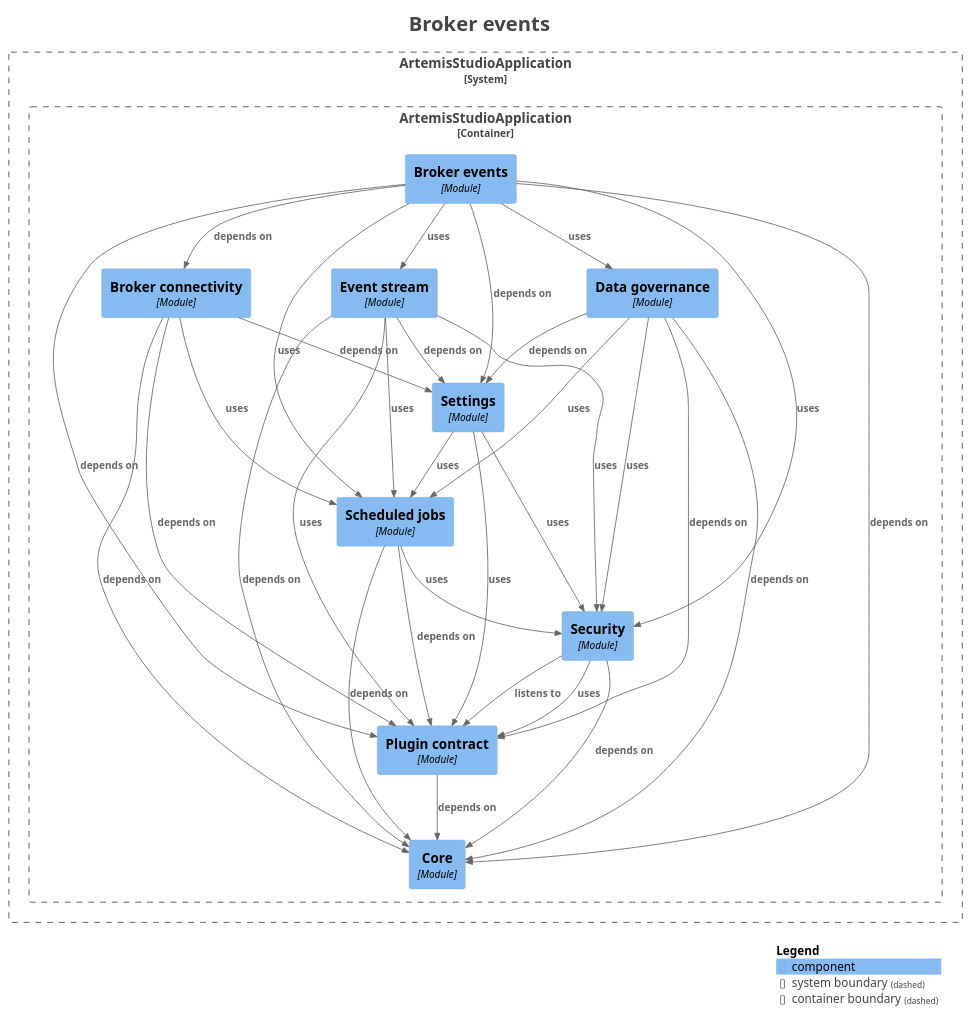
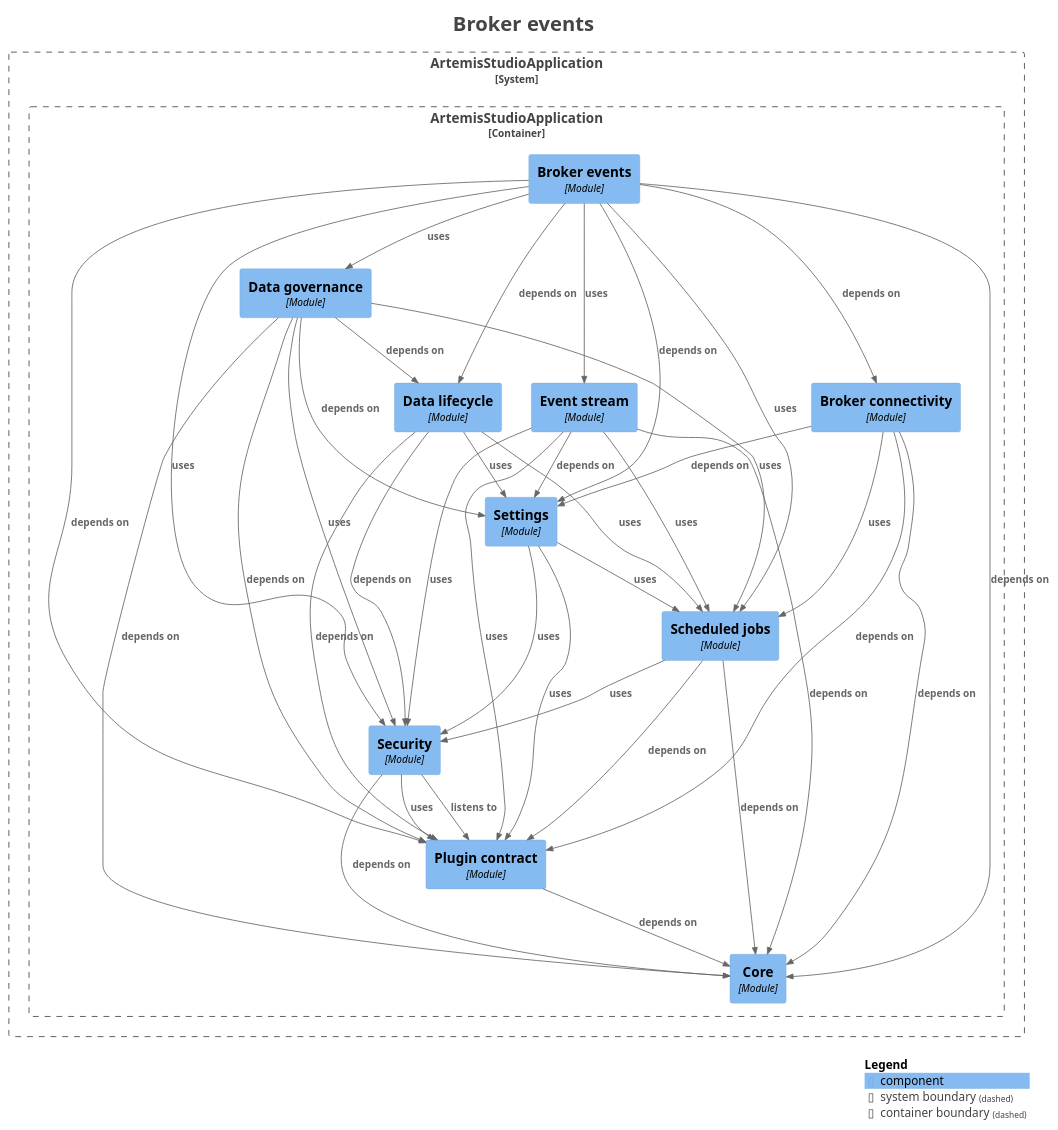
The diagram in docs/modules/module-feature.events.puml (sudoitir/artemis-studio), drawn with PlantUML before and after one commit. The commit also changed 96 other files, not shown here.

```diff
--- a/docs/modules/module-feature.events.puml
+++ b/docs/modules/module-feature.events.puml
@@ -1,68 +1,75 @@
 @startuml
 title <size:24>Broker events</size>
 
 set separator none
 top to bottom direction
 
 <style>
   root {
     BackgroundColor: #ffffff
     FontColor: #444444
   }
 </style>
 
 !include <C4/C4>
 !include <C4/C4_Context>
 !include <C4/C4_Component>
 
 System_Boundary("ArtemisStudioApplication_boundary", "ArtemisStudioApplication", $tags="") {
   Container_Boundary("ArtemisStudioApplication.ArtemisStudioApplication_boundary", "ArtemisStudioApplication", $tags="") {
     Component(ArtemisStudioApplication.ArtemisStudioApplication.Settings, "Settings", $techn="Module", $descr="", $tags="", $link="")
+    Component(ArtemisStudioApplication.ArtemisStudioApplication.Datalifecycle, "Data lifecycle", $techn="Module", $descr="", $tags="", $link="")
     Component(ArtemisStudioApplication.ArtemisStudioApplication.Eventstream, "Event stream", $techn="Module", $descr="", $tags="", $link="")
     Component(ArtemisStudioApplication.ArtemisStudioApplication.Brokerconnectivity, "Broker connectivity", $techn="Module", $descr="", $tags="", $link="")
     Component(ArtemisStudioApplication.ArtemisStudioApplication.Datagovernance, "Data governance", $techn="Module", $descr="", $tags="", $link="")
     Component(ArtemisStudioApplication.ArtemisStudioApplication.Brokerevents, "Broker events", $techn="Module", $descr="", $tags="", $link="")
     Component(ArtemisStudioApplication.ArtemisStudioApplication.Core, "Core", $techn="Module", $descr="", $tags="", $link="")
     Component(ArtemisStudioApplication.ArtemisStudioApplication.Plugincontract, "Plugin contract", $techn="Module", $descr="", $tags="", $link="")
     Component(ArtemisStudioApplication.ArtemisStudioApplication.Security, "Security", $techn="Module", $descr="", $tags="", $link="")
     Component(ArtemisStudioApplication.ArtemisStudioApplication.Scheduledjobs, "Scheduled jobs", $techn="Module", $descr="", $tags="", $link="")
   }
 
 }
 
 Rel(ArtemisStudioApplication.ArtemisStudioApplication.Brokerconnectivity, ArtemisStudioApplication.ArtemisStudioApplication.Core, "depends on", $techn="", $tags="", $link="")
 Rel(ArtemisStudioApplication.ArtemisStudioApplication.Brokerconnectivity, ArtemisStudioApplication.ArtemisStudioApplication.Plugincontract, "depends on", $techn="", $tags="", $link="")
 Rel(ArtemisStudioApplication.ArtemisStudioApplication.Brokerconnectivity, ArtemisStudioApplication.ArtemisStudioApplication.Scheduledjobs, "uses", $techn="", $tags="", $link="")
 Rel(ArtemisStudioApplication.ArtemisStudioApplication.Brokerconnectivity, ArtemisStudioApplication.ArtemisStudioApplication.Settings, "depends on", $techn="", $tags="", $link="")
 Rel(ArtemisStudioApplication.ArtemisStudioApplication.Brokerevents, ArtemisStudioApplication.ArtemisStudioApplication.Brokerconnectivity, "depends on", $techn="", $tags="", $link="")
 Rel(ArtemisStudioApplication.ArtemisStudioApplication.Brokerevents, ArtemisStudioApplication.ArtemisStudioApplication.Core, "depends on", $techn="", $tags="", $link="")
 Rel(ArtemisStudioApplication.ArtemisStudioApplication.Brokerevents, ArtemisStudioApplication.ArtemisStudioApplication.Datagovernance, "uses", $techn="", $tags="", $link="")
+Rel(ArtemisStudioApplication.ArtemisStudioApplication.Brokerevents, ArtemisStudioApplication.ArtemisStudioApplication.Datalifecycle, "depends on", $techn="", $tags="", $link="")
 Rel(ArtemisStudioApplication.ArtemisStudioApplication.Brokerevents, ArtemisStudioApplication.ArtemisStudioApplication.Eventstream, "uses", $techn="", $tags="", $link="")
 Rel(ArtemisStudioApplication.ArtemisStudioApplication.Brokerevents, ArtemisStudioApplication.ArtemisStudioApplication.Plugincontract, "depends on", $techn="", $tags="", $link="")
 Rel(ArtemisStudioApplication.ArtemisStudioApplication.Brokerevents, ArtemisStudioApplication.ArtemisStudioApplication.Scheduledjobs, "uses", $techn="", $tags="", $link="")
 Rel(ArtemisStudioApplication.ArtemisStudioApplication.Brokerevents, ArtemisStudioApplication.ArtemisStudioApplication.Security, "uses", $techn="", $tags="", $link="")
 Rel(ArtemisStudioApplication.ArtemisStudioApplication.Brokerevents, ArtemisStudioApplication.ArtemisStudioApplication.Settings, "depends on", $techn="", $tags="", $link="")
 Rel(ArtemisStudioApplication.ArtemisStudioApplication.Datagovernance, ArtemisStudioApplication.ArtemisStudioApplication.Core, "depends on", $techn="", $tags="", $link="")
+Rel(ArtemisStudioApplication.ArtemisStudioApplication.Datagovernance, ArtemisStudioApplication.ArtemisStudioApplication.Datalifecycle, "depends on", $techn="", $tags="", $link="")
 Rel(ArtemisStudioApplication.ArtemisStudioApplication.Datagovernance, ArtemisStudioApplication.ArtemisStudioApplication.Plugincontract, "depends on", $techn="", $tags="", $link="")
 Rel(ArtemisStudioApplication.ArtemisStudioApplication.Datagovernance, ArtemisStudioApplication.ArtemisStudioApplication.Scheduledjobs, "uses", $techn="", $tags="", $link="")
 Rel(ArtemisStudioApplication.ArtemisStudioApplication.Datagovernance, ArtemisStudioApplication.ArtemisStudioApplication.Security, "uses", $techn="", $tags="", $link="")
 Rel(ArtemisStudioApplication.ArtemisStudioApplication.Datagovernance, ArtemisStudioApplication.ArtemisStudioApplication.Settings, "depends on", $techn="", $tags="", $link="")
+Rel(ArtemisStudioApplication.ArtemisStudioApplication.Datalifecycle, ArtemisStudioApplication.ArtemisStudioApplication.Plugincontract, "depends on", $techn="", $tags="", $link="")
+Rel(ArtemisStudioApplication.ArtemisStudioApplication.Datalifecycle, ArtemisStudioApplication.ArtemisStudioApplication.Scheduledjobs, "uses", $techn="", $tags="", $link="")
+Rel(ArtemisStudioApplication.ArtemisStudioApplication.Datalifecycle, ArtemisStudioApplication.ArtemisStudioApplication.Security, "depends on", $techn="", $tags="", $link="")
+Rel(ArtemisStudioApplication.ArtemisStudioApplication.Datalifecycle, ArtemisStudioApplication.ArtemisStudioApplication.Settings, "uses", $techn="", $tags="", $link="")
 Rel(ArtemisStudioApplication.ArtemisStudioApplication.Eventstream, ArtemisStudioApplication.ArtemisStudioApplication.Core, "depends on", $techn="", $tags="", $link="")
 Rel(ArtemisStudioApplication.ArtemisStudioApplication.Eventstream, ArtemisStudioApplication.ArtemisStudioApplication.Plugincontract, "uses", $techn="", $tags="", $link="")
 Rel(ArtemisStudioApplication.ArtemisStudioApplication.Eventstream, ArtemisStudioApplication.ArtemisStudioApplication.Scheduledjobs, "uses", $techn="", $tags="", $link="")
 Rel(ArtemisStudioApplication.ArtemisStudioApplication.Eventstream, ArtemisStudioApplication.ArtemisStudioApplication.Security, "uses", $techn="", $tags="", $link="")
 Rel(ArtemisStudioApplication.ArtemisStudioApplication.Eventstream, ArtemisStudioApplication.ArtemisStudioApplication.Settings, "depends on", $techn="", $tags="", $link="")
 Rel(ArtemisStudioApplication.ArtemisStudioApplication.Plugincontract, ArtemisStudioApplication.ArtemisStudioApplication.Core, "depends on", $techn="", $tags="", $link="")
 Rel(ArtemisStudioApplication.ArtemisStudioApplication.Scheduledjobs, ArtemisStudioApplication.ArtemisStudioApplication.Core, "depends on", $techn="", $tags="", $link="")
 Rel(ArtemisStudioApplication.ArtemisStudioApplication.Scheduledjobs, ArtemisStudioApplication.ArtemisStudioApplication.Plugincontract, "depends on", $techn="", $tags="", $link="")
 Rel(ArtemisStudioApplication.ArtemisStudioApplication.Scheduledjobs, ArtemisStudioApplication.ArtemisStudioApplication.Security, "uses", $techn="", $tags="", $link="")
 Rel(ArtemisStudioApplication.ArtemisStudioApplication.Security, ArtemisStudioApplication.ArtemisStudioApplication.Core, "depends on", $techn="", $tags="", $link="")
 Rel(ArtemisStudioApplication.ArtemisStudioApplication.Security, ArtemisStudioApplication.ArtemisStudioApplication.Plugincontract, "listens to", $techn="", $tags="", $link="")
 Rel(ArtemisStudioApplication.ArtemisStudioApplication.Security, ArtemisStudioApplication.ArtemisStudioApplication.Plugincontract, "uses", $techn="", $tags="", $link="")
 Rel(ArtemisStudioApplication.ArtemisStudioApplication.Settings, ArtemisStudioApplication.ArtemisStudioApplication.Plugincontract, "uses", $techn="", $tags="", $link="")
 Rel(ArtemisStudioApplication.ArtemisStudioApplication.Settings, ArtemisStudioApplication.ArtemisStudioApplication.Scheduledjobs, "uses", $techn="", $tags="", $link="")
 Rel(ArtemisStudioApplication.ArtemisStudioApplication.Settings, ArtemisStudioApplication.ArtemisStudioApplication.Security, "uses", $techn="", $tags="", $link="")
 
 SHOW_LEGEND(true)
 hide stereotypes
 @enduml
```
